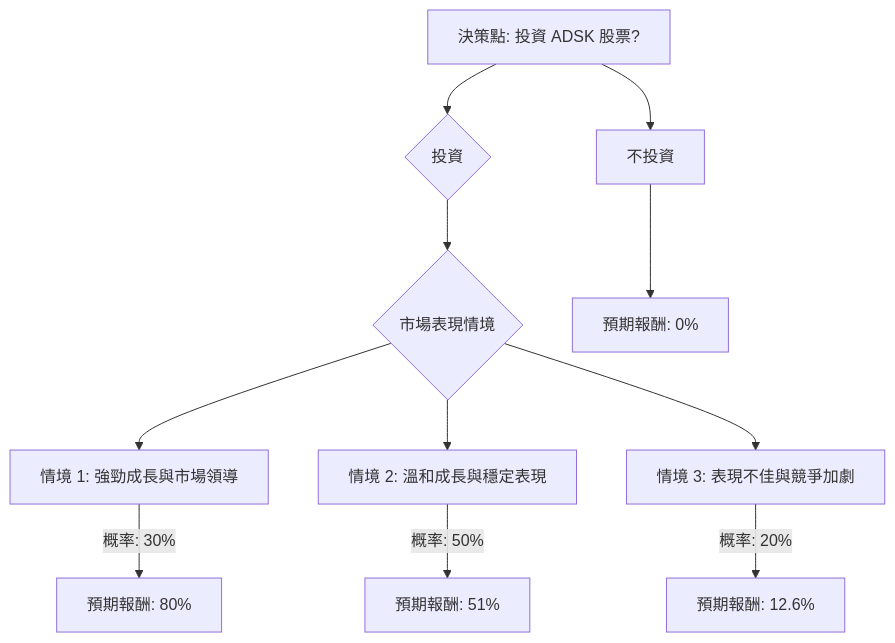
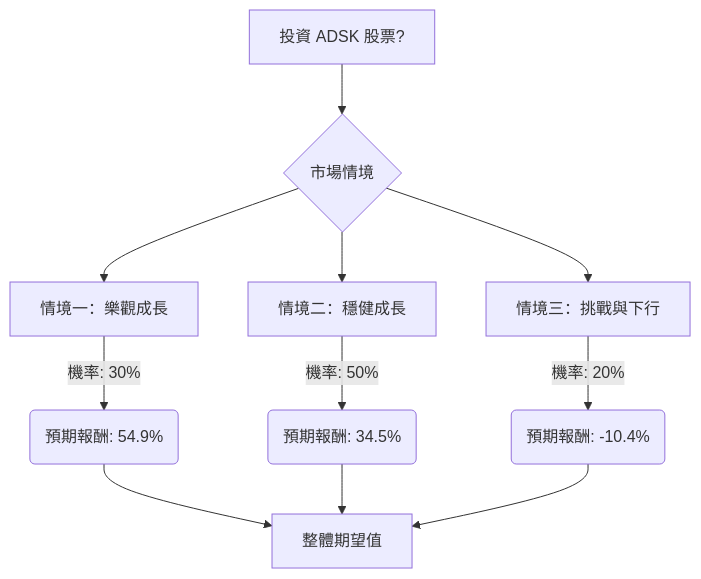
Before and after one commit to zmcx16/zmcx16.github.io: the diagram in plugin-react/ai-analysis/ev-analysis/ADSK.md, drawn with Mermaid. The commit also changed other lines of this file and 70 other files, not shown here.

````diff
--- a/plugin-react/ai-analysis/ev-analysis/ADSK.md
+++ b/plugin-react/ai-analysis/ev-analysis/ADSK.md
@@ -17,18 +16,17 @@
 ```mermaid
 graph TD
-    A[決策點: 投資 ADSK 股票?] --> B{投資}
-    A --> C[不投資]
+    A[投資 ADSK 股票?] --> B{市場情境}
 
-    B --> D{市場表現情境}
+    B --> C1[情境一：樂觀成長]
+    C1 -- 機率: 30% --> C1_EV(預期報酬: 54.9%)
 
-    D --> D1[情境 1: 強勁成長與市場領導]
-    D1 -- 概率: 30% --> D1_EV[預期報酬: 80%]
+    B --> C2[情境二：穩健成長]
+    C2 -- 機率: 50% --> C2_EV(預期報酬: 34.5%)
 
-    D --> D2[情境 2: 溫和成長與穩定表現]
-    D2 -- 概率: 50% --> D2_EV[預期報酬: 51%]
+    B --> C3[情境三：挑戰與下行]
+    C3 -- 機率: 20% --> C3_EV(預期報酬: -10.4%)
 
-    D --> D3[情境 3: 表現不佳與競爭加劇]
-    D3 -- 概率: 20% --> D3_EV[預期報酬: 12.6%]
-
-    C --> C_EV[預期報酬: 0%]
+    C1_EV --> D[整體期望值]
+    C2_EV --> D
+    C3_EV --> D
 ```
````
